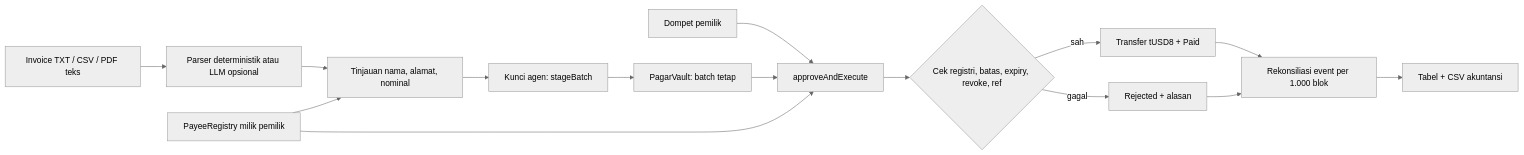
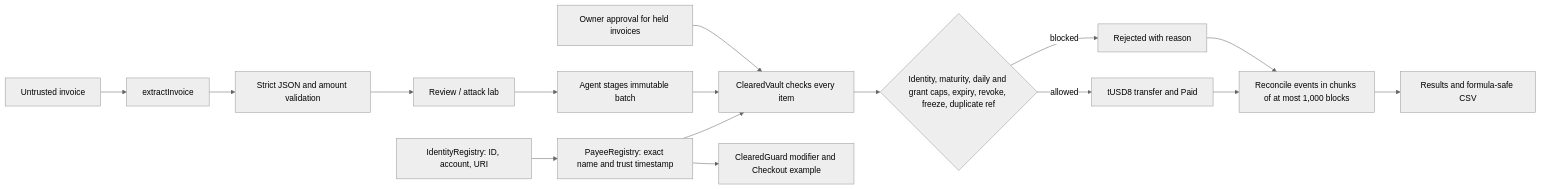
Before and after one commit to Stylenexy/cleared: the diagram in README.md, drawn with Mermaid (neutral theme). The commit also changed other lines of this file and 64 other files, not shown here.

Commit message:
Rename to Cleared, English UI, risk-based autonomy with payee hold and kill switch, identity registry and guard, attack and try pages

````diff
--- a/README.md
+++ b/README.md
@@ -75,17 +58,18 @@
 ```mermaid
 flowchart LR
-  I[Invoice TXT / CSV / PDF teks] --> P[Parser deterministik atau LLM opsional]
-  P --> R[Tinjauan nama, alamat, nominal]
-  REG[PayeeRegistry milik pemilik] --> R
-  R --> A[Kunci agen: stageBatch]
-  A --> V[PagarVault: batch tetap]
-  O[Dompet pemilik] --> E[approveAndExecute]
-  V --> E
-  REG --> E
-  E --> C{Cek registri, batas, expiry, revoke, ref}
-  C -->|sah| T[Transfer tUSD8 + Paid]
-  C -->|gagal| X[Rejected + alasan]
-  T --> REC[Rekonsiliasi event per 1.000 blok]
-  X --> REC
-  REC --> CSV[Tabel + CSV akuntansi]
+  I[Untrusted invoice] --> X[extractInvoice]
+  X --> M[Strict JSON and amount validation]
+  M --> D[Review / attack lab]
+  D --> A[Agent stages immutable batch]
+  ID[IdentityRegistry: ID, account, URI] --> R[PayeeRegistry: exact name and trust timestamp]
+  R --> V[ClearedVault checks every item]
+  A --> V
+  O[Owner approval for held invoices] --> V
+  V --> P{Identity, maturity, daily and grant caps, expiry, revoke, freeze, duplicate ref}
+  P -->|allowed| T[tUSD8 transfer and Paid]
+  P -->|blocked| E[Rejected with reason]
+  T --> C[Reconcile events in chunks of at most 1,000 blocks]
+  E --> C
+  C --> CSV[Results and formula-safe CSV]
+  R --> G[ClearedGuard modifier and Checkout example]
 ```
````
